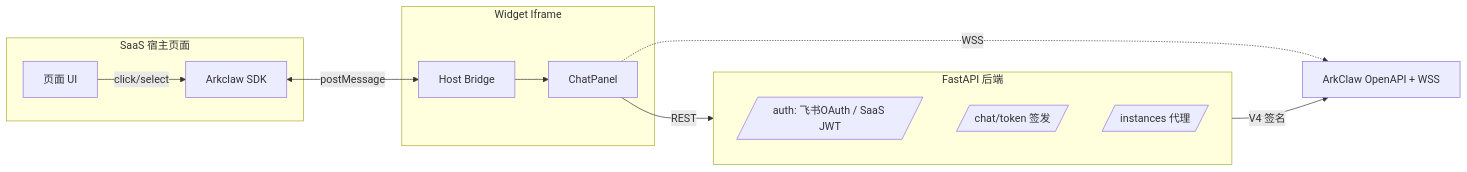
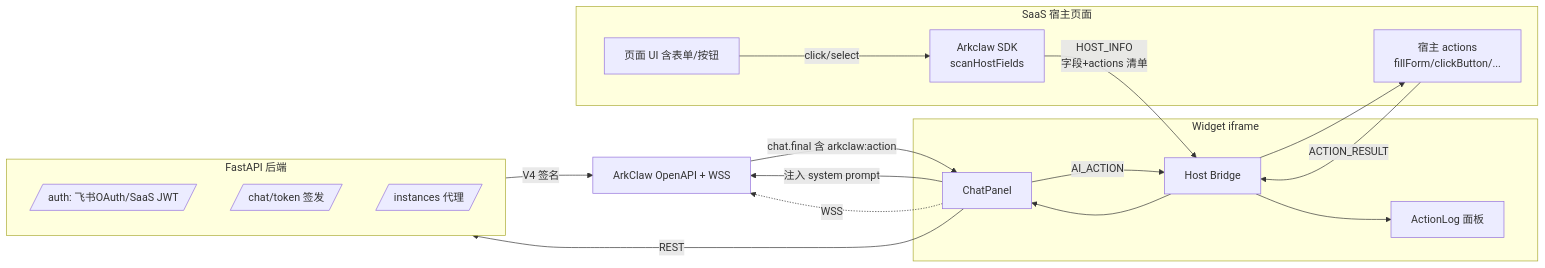
The diagram in README.md (bolecodex/arkclaw-to-saas), drawn with Mermaid before and after one commit. The commit also changed other lines of this file, not shown here.

First line of the commit message:
docs: 升级根 README 反映最近改动 — HOST_INFO/ActionLog/多格式解析/受控组件接入

````diff
--- a/README.md
+++ b/README.md
@@ -40,24 +49,32 @@
 ```mermaid
 flowchart LR
     subgraph host[SaaS 宿主页面]
-        ui[页面 UI]
-        sdk[Arkclaw SDK]
+        ui[页面 UI 含表单/按钮]
+        sdk[Arkclaw SDK<br/>scanHostFields]
+        actions[宿主 actions<br/>fillForm/clickButton/...]
     end
-    subgraph widget[Widget Iframe]
+    subgraph widget[Widget iframe]
         chat[ChatPanel]
         bridge[Host Bridge]
+        log[ActionLog 面板]
     end
     subgraph backend[FastAPI 后端]
-        auth[/auth: 飞书OAuth / SaaS JWT/]
+        auth[/auth: 飞书OAuth/SaaS JWT/]
         chat_token[/chat/token 签发/]
         instances[/instances 代理/]
     end
     arkclaw[ArkClaw OpenAPI + WSS]
 
     ui -- click/select --> sdk
-    sdk <-- postMessage --> bridge
+    sdk -- HOST_INFO<br/>字段+actions 清单 --> bridge
     bridge --> chat
+    chat -- 注入 system prompt --> arkclaw
+    arkclaw -- chat.final 含 arkclaw:action --> chat
+    chat -- AI_ACTION --> bridge
+    bridge --> actions
+    actions -- ACTION_RESULT --> bridge
+    bridge --> log
     chat -- REST --> backend
     chat -. WSS .-> arkclaw
     backend -- V4 签名 --> arkclaw
 ```
````
